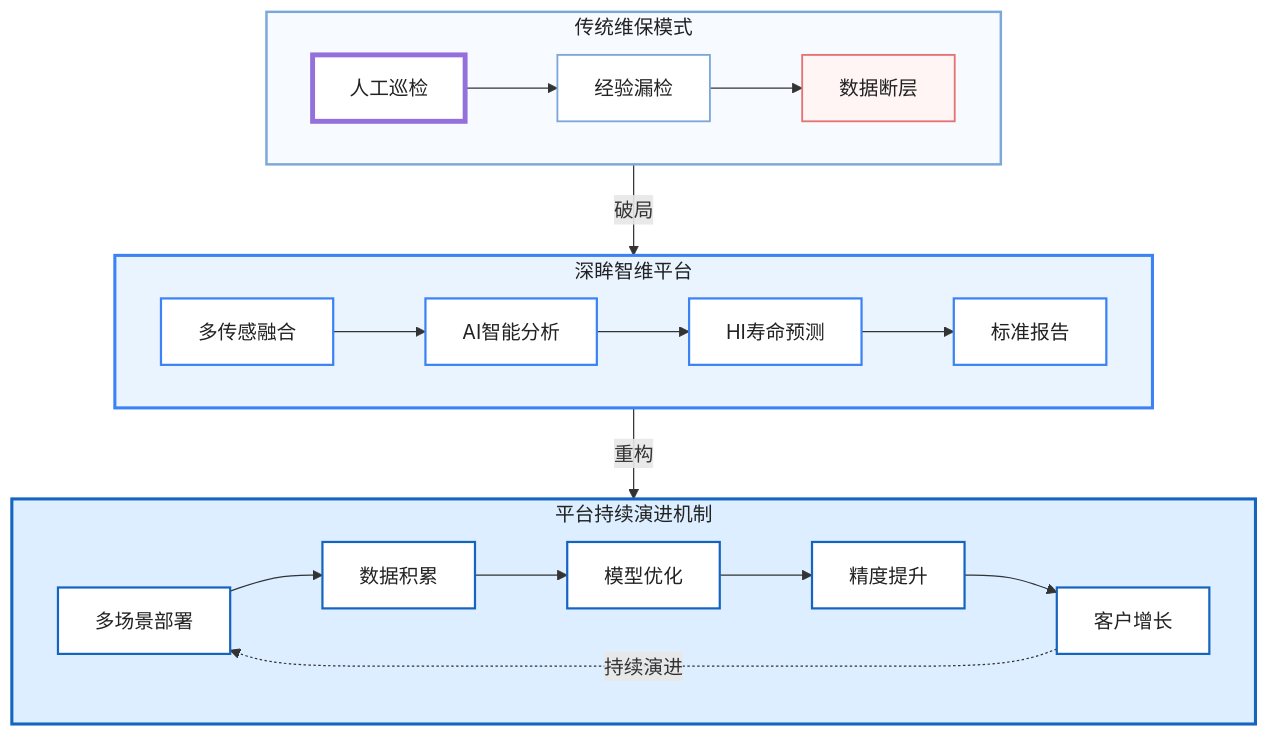
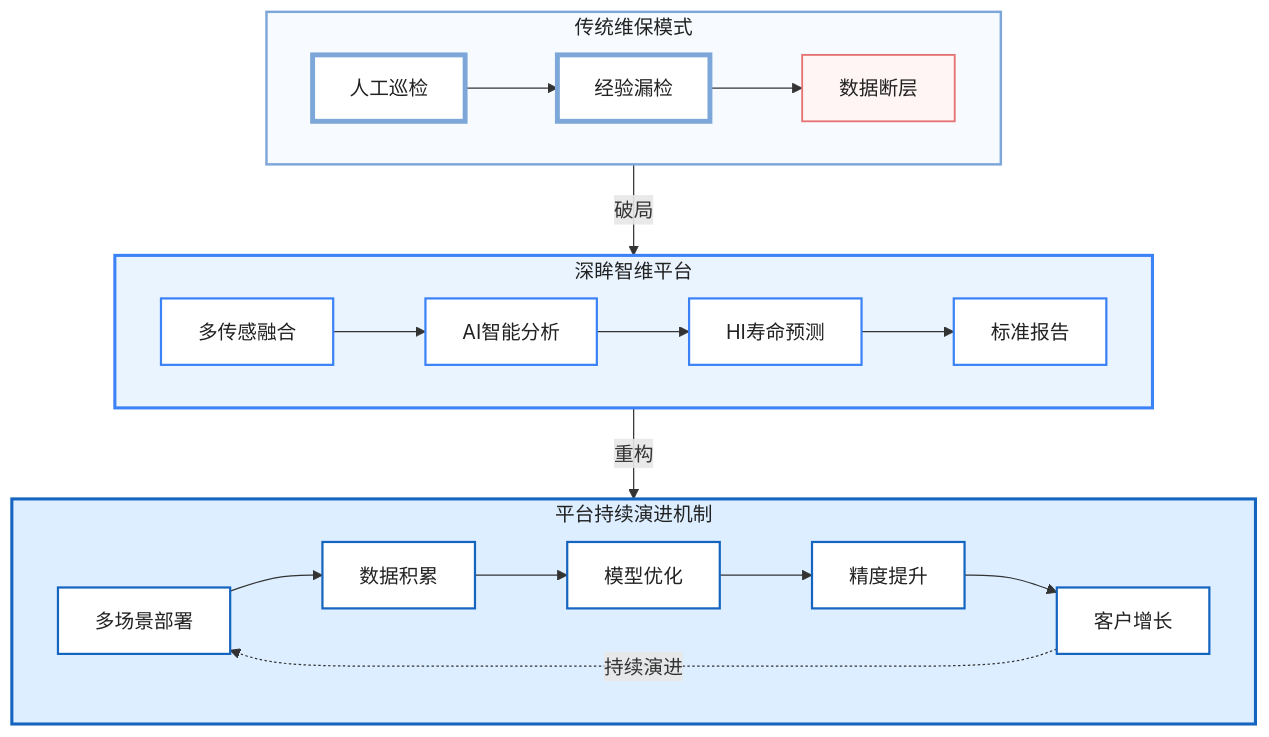
Before and after one commit to LGS91/iodraw-files: the diagram in all/未命名.md, drawn with Mermaid.

Commit message:
2026-07-06 11:40:36 update

````diff
--- a/all/未命名.md
+++ b/all/未命名.md
@@ -1,65 +1,65 @@
 ```mermaid
 flowchart TB
 
 subgraph A["传统维保模式"]
 direction LR
 A1["人工巡检"] --> A2["经验漏检"]
 A2 --> A3["数据断层"]
 end
 
 A -->|破局| B
 
 subgraph B["深眸智维平台"]
 direction LR
 B1["多传感融合"] --> B2["AI智能分析"]
 B2 --> B3["HI寿命预测"]
 B3 --> B4["标准报告"]
 end
 
 B -->|重构| C
 
 subgraph C["平台持续演进机制"]
 direction LR
 C1["多场景部署"] --> C2["数据积累"]
 C2 --> C3["模型优化"]
 C3 --> C4["精度提升"]
 C4 --> C5["客户增长"]
 C5 -.->|"持续演进"| C1
 end
 
 
 %% =======================
 %% 一级模块（标题框）
 %% =======================
 
 style A fill:#F7FBFF,stroke:#7DA7D9,stroke-width:2px,color:#222222
 style B fill:#EAF4FF,stroke:#3B82F6,stroke-width:2.5px,color:#222222
 style C fill:#DCEEFF,stroke:#1565C0,stroke-width:2.5px,color:#222222
 
 %% =======================
 %% 传统维保
 %% =======================
 
-style A1 fill:#FFFFFF,stroke:#55DA7D9,stroke-width:4px,color:#222222
-style A2 fill:#FFFFFF,stroke:#7DA7D9,stroke-width:1.5px,color:#222222
+style A1 fill:#FFFFFF,stroke:#7DA7D9,stroke-width:4px,color:#222222
+style A2 fill:#FFFFFF,stroke:#7DA7D9,stroke-width:4px,color:#222222
 style A3 fill:#FFF5F5,stroke:#E57373,stroke-width:1.5px,color:#222222
 
 %% =======================
 %% 深眸智维
 %% =======================
 
 style B1 fill:#FFFFFF,stroke:#3B82F6,stroke-width:1.8px,color:#222222
 style B2 fill:#FFFFFF,stroke:#3B82F6,stroke-width:1.8px,color:#222222
 style B3 fill:#FFFFFF,stroke:#3B82F6,stroke-width:1.8px,color:#222222
 style B4 fill:#FFFFFF,stroke:#3B82F6,stroke-width:1.8px,color:#222222
 
 %% =======================
 %% 平台演进
 %% =======================
 
 style C1 fill:#FFFFFF,stroke:#1565C0,stroke-width:1.8px,color:#222222
 style C2 fill:#FFFFFF,stroke:#1565C0,stroke-width:1.8px,color:#222222
 style C3 fill:#FFFFFF,stroke:#1565C0,stroke-width:1.8px,color:#222222
 style C4 fill:#FFFFFF,stroke:#1565C0,stroke-width:1.8px,color:#222222
 style C5 fill:#FFFFFF,stroke:#1565C0,stroke-width:1.8px,color:#222222
 ```
````
